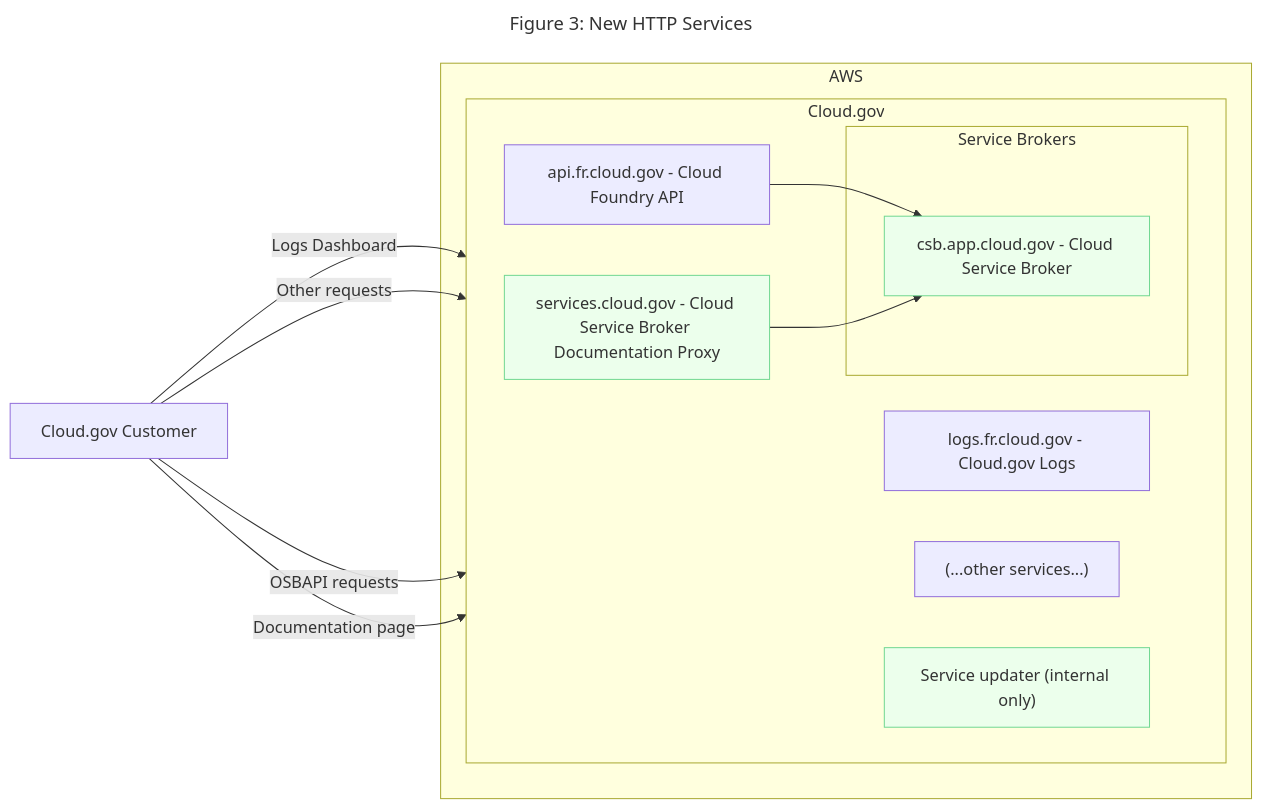
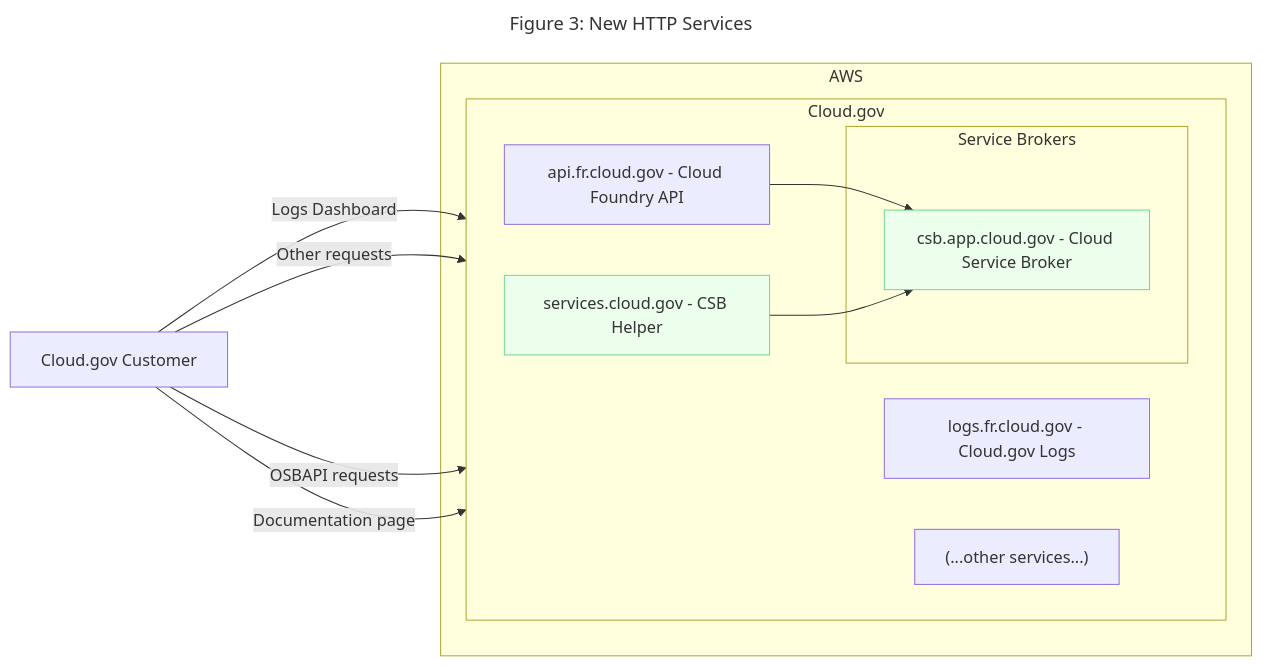
Before and after one commit to cloud-gov/csb: the third of 3 diagrams in docs/diagrams.md, drawn with Mermaid.

Commit message:
docs: Supplemental services are combined into csb-helper

````diff
--- a/docs/diagrams.md
+++ b/docs/diagrams.md
@@ -107,33 +107,32 @@
 ```mermaid
 ---
 title: "Figure 3: New HTTP Services"
 ---
 
 flowchart LR
     classDef new fill:#ecffec,stroke:#73d893
     u["Cloud.gov Customer"]
 
     subgraph "AWS"
 
         subgraph "Cloud.gov"
             direction LR
             logs["logs.fr.cloud.gov - Cloud.gov Logs"]
             etc["(...other services...)"]
             capi["api.fr.cloud.gov - Cloud Foundry API"]
-            docproxy["services.cloud.gov - Cloud Service Broker Documentation Proxy"]:::new
-            updater["Service updater (internal only)"]:::new
+            csb-helper["services.cloud.gov - CSB Helper"]:::new
 
             subgraph "Service Brokers"
                 csb["csb.app.cloud.gov - Cloud Service Broker"]:::new
             end
         end
     end
 
 
     u -->|Logs Dashboard| logs
     u -->|Other requests| etc
     u -->|OSBAPI requests| capi
-    u -->|Documentation page| docproxy
+    u -->|Documentation page| csb-helper
     capi --> csb
-    docproxy --> csb
+    csb-helper --> csb
 ```
````
